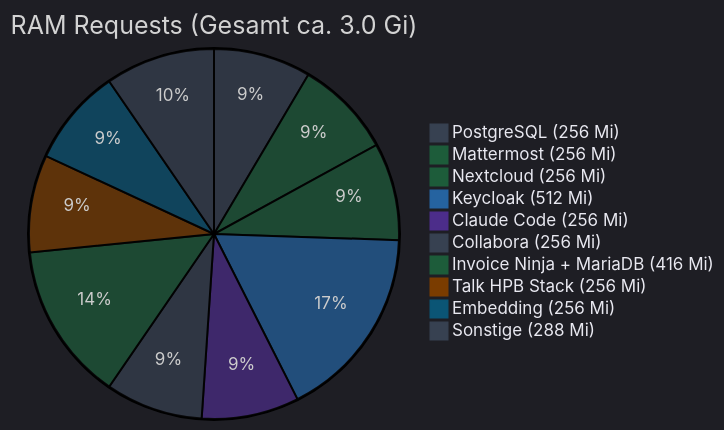
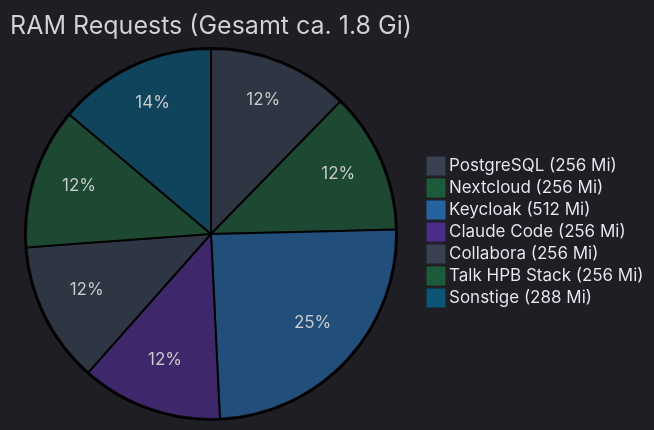
The diagram in k3d/docs-content/services.md (Paddione/Bachelorprojekt), drawn with Mermaid before and after one commit. The commit also changed other lines of this file and 108 other files, not shown here.

First line of the commit message:
chore: infrastructure drift cleanup — remove Prometheus/Grafana, Mattermost, InvoiceNinja, and embedding stale refs (#158)

````diff
--- a/k3d/docs-content/services.md
+++ b/k3d/docs-content/services.md
@@ -340,14 +284,11 @@
 ```mermaid
-%%{init: {'theme': 'dark', 'themeVariables': {'background': '#1a2235', 'mainBkg': '#1a2235', 'pie1': '#374151', 'pie2': '#1d5c3a', 'pie3': '#1d5c3a', 'pie4': '#2563a0', 'pie5': '#4c2d8a', 'pie6': '#374151', 'pie7': '#1d5c3a', 'pie8': '#7a3c00', 'pie9': '#0b5575', 'pie10': '#374151', 'pieTextColor': '#e8e8f0', 'pieLegendTextColor': '#e8e8f0', 'pieLabelTextColor': '#e8e8f0'}}}%%
-pie title RAM Requests (Gesamt ca. 3.0 Gi)
+%%{init: {'theme': 'dark', 'themeVariables': {'background': '#1a2235', 'mainBkg': '#1a2235', 'pie1': '#374151', 'pie2': '#1d5c3a', 'pie3': '#2563a0', 'pie4': '#4c2d8a', 'pie5': '#374151', 'pie6': '#1d5c3a', 'pie7': '#0b5575', 'pie8': '#374151', 'pieTextColor': '#e8e8f0', 'pieLegendTextColor': '#e8e8f0', 'pieLabelTextColor': '#e8e8f0'}}}%%
+pie title RAM Requests (Gesamt ca. 1.8 Gi)
     "PostgreSQL (256 Mi)" : 256
-    "Mattermost (256 Mi)" : 256
     "Nextcloud (256 Mi)" : 256
     "Keycloak (512 Mi)" : 512
     "Claude Code (256 Mi)" : 256
     "Collabora (256 Mi)" : 256
-    "Invoice Ninja + MariaDB (416 Mi)" : 416
     "Talk HPB Stack (256 Mi)" : 256
-    "Embedding (256 Mi)" : 256
     "Sonstige (288 Mi)" : 288
 ```
````
